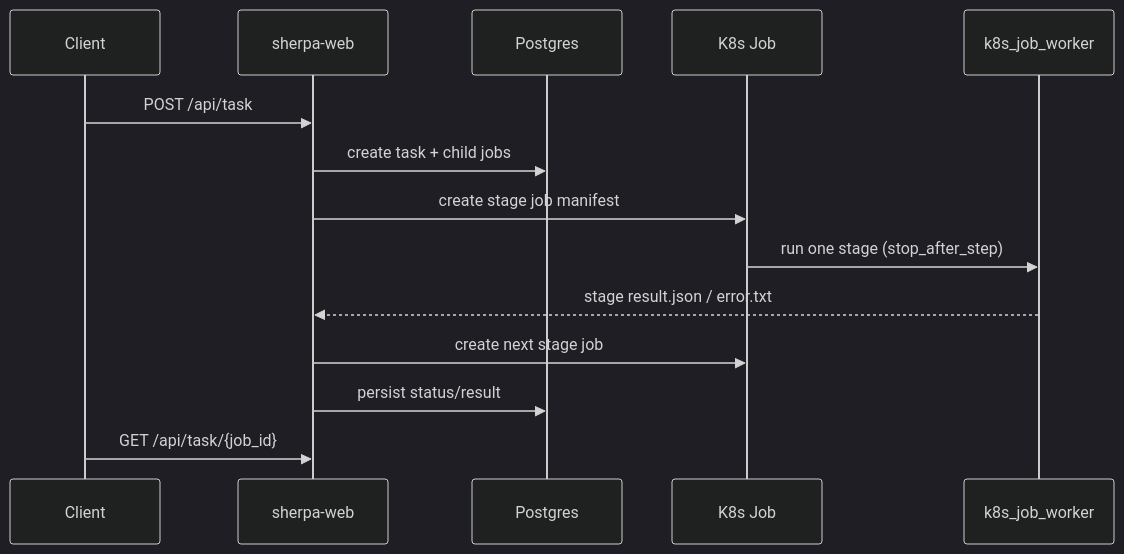
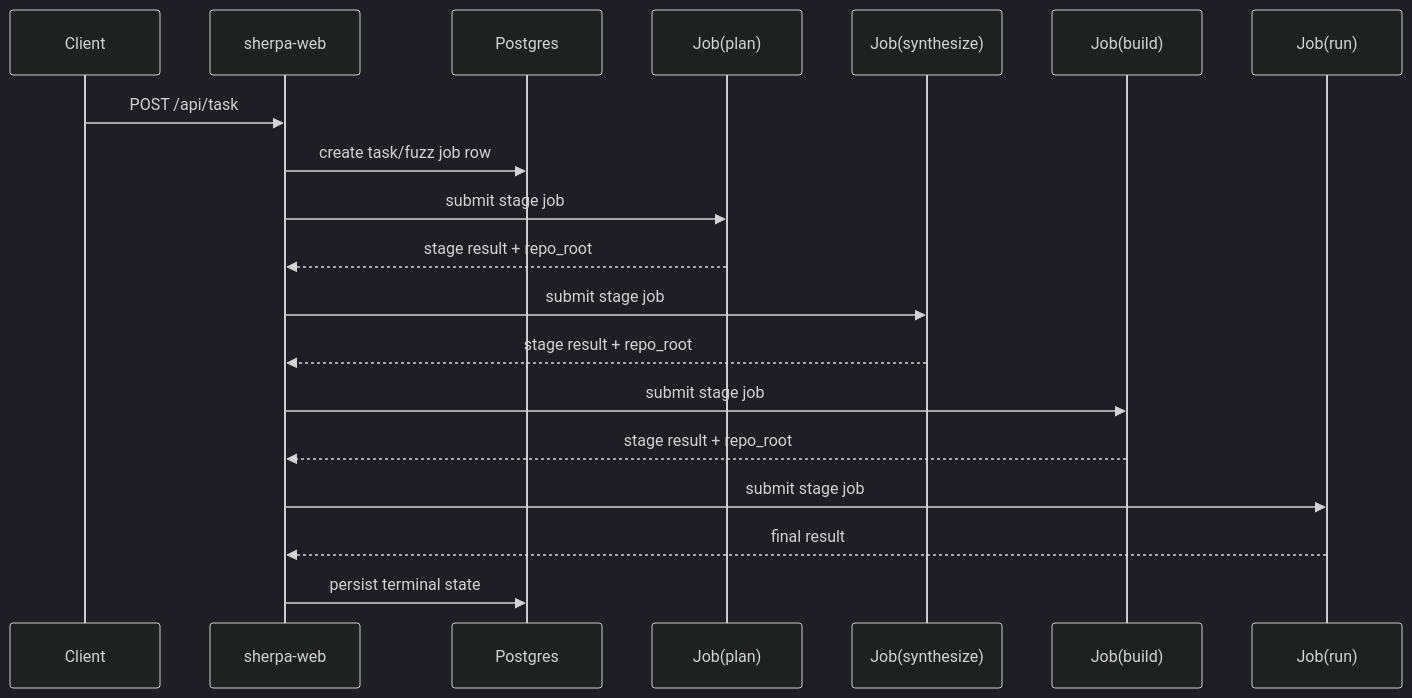
The diagram in docs/DOCKER_TO_K8S_HANDOFF.md (ZUENS2020/Sherpa), drawn with Mermaid (dark theme) before and after one commit. The commit also changed other lines of this file and 10 other files, not shown here.

Commit message:
Rewrite docs and diagrams

````diff
--- a/docs/DOCKER_TO_K8S_HANDOFF.md
+++ b/docs/DOCKER_TO_K8S_HANDOFF.md
@@ -78,17 +22,22 @@
 ```mermaid
 sequenceDiagram
   participant C as Client
-  participant API as sherpa-web
-  participant DB as Postgres
-  participant J as K8s Job
-  participant W as k8s_job_worker
+  participant A as sherpa-web
+  participant D as Postgres
+  participant P as Job(plan)
+  participant S as Job(synthesize)
+  participant B as Job(build)
+  participant R as Job(run)
 
-  C->>API: POST /api/task
-  API->>DB: create task + child jobs
-  API->>J: create stage job manifest
-  J->>W: run one stage (stop_after_step)
-  W-->>API: stage result.json / error.txt
-  API->>J: create next stage job
-  API->>DB: persist status/result
-  C->>API: GET /api/task/{job_id}
+  C->>A: POST /api/task
+  A->>D: create task/fuzz job row
+  A->>P: submit stage job
+  P-->>A: stage result + repo_root
+  A->>S: submit stage job
+  S-->>A: stage result + repo_root
+  A->>B: submit stage job
+  B-->>A: stage result + repo_root
+  A->>R: submit stage job
+  R-->>A: final result
+  A->>D: persist terminal state
 ```
````
